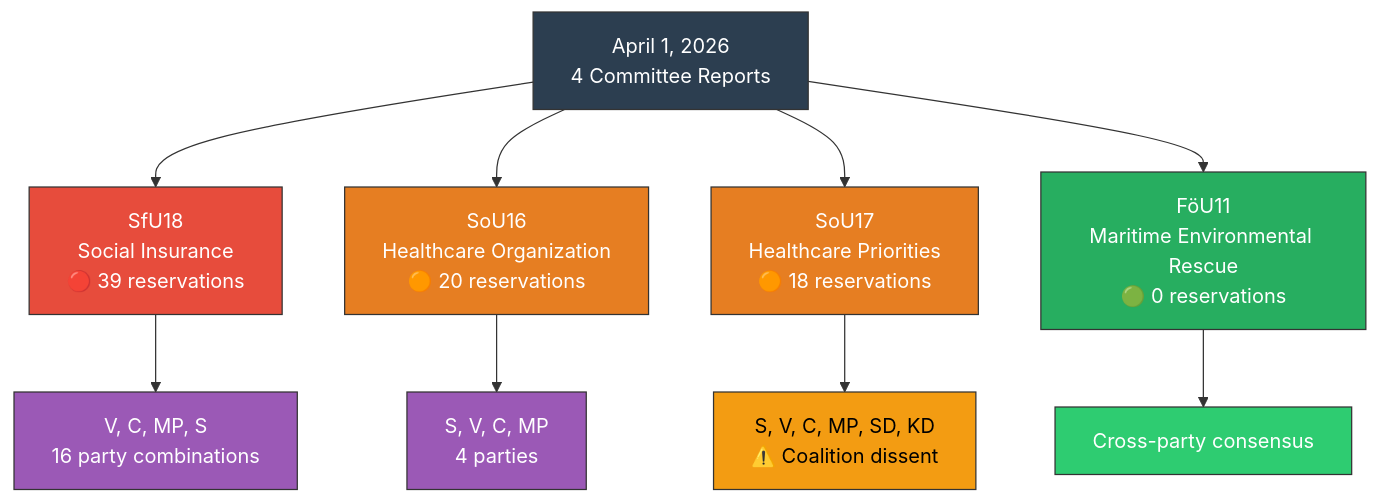
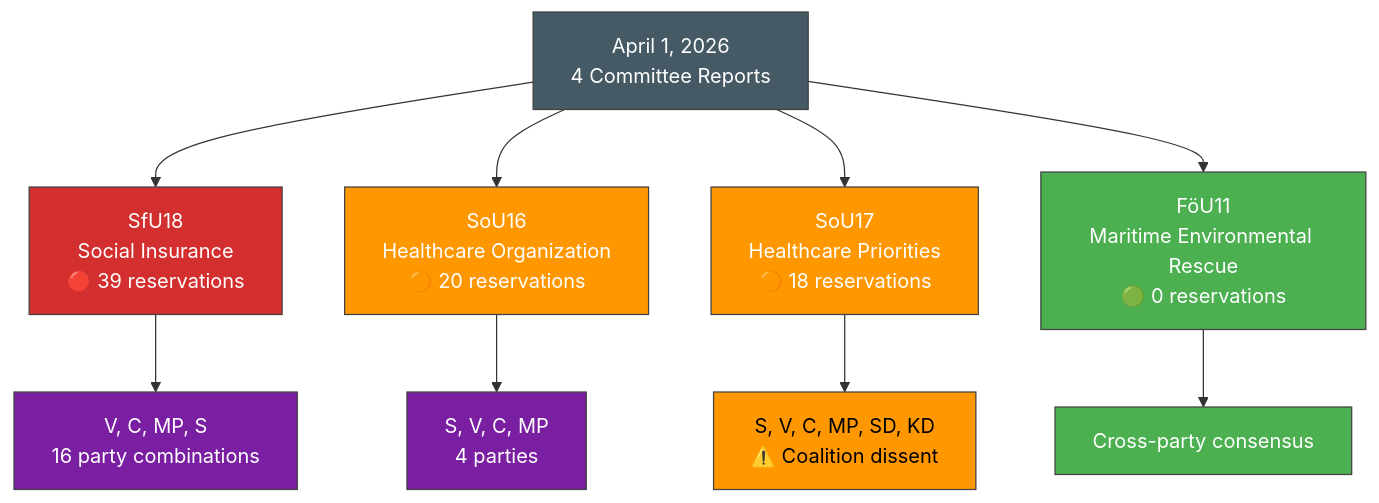
The diagram in analysis/daily/2026-04-01/committeeReports/synthesis-summary.md (Hack23/riksdagsmonitor), drawn with Mermaid before and after one commit. The commit also changed 785 other files, not shown here.

First line of the commit message:
Normalize mermaid colors across 786 analysis artifacts to ISMS Style Guide palette

````diff
--- a/analysis/daily/2026-04-01/committeeReports/synthesis-summary.md
+++ b/analysis/daily/2026-04-01/committeeReports/synthesis-summary.md
@@ -42,22 +42,22 @@
 ```mermaid
 flowchart TD
     A[April 1, 2026<br/>4 Committee Reports]:::date
     
     A --> B[SfU18<br/>Social Insurance<br/>🔴 39 reservations]:::critical
     A --> C[SoU16<br/>Healthcare Organization<br/>🟠 20 reservations]:::high
     A --> D[SoU17<br/>Healthcare Priorities<br/>🟠 18 reservations]:::high
     A --> E[FöU11<br/>Maritime Environmental Rescue<br/>🟢 0 reservations]:::low
     
     B --> F[V, C, MP, S<br/>16 party combinations]:::opposition
     C --> G[S, V, C, MP<br/>4 parties]:::opposition
     D --> H[S, V, C, MP, SD, KD<br/>⚠️ Coalition dissent]:::warning
     E --> I[Cross-party consensus]:::consensus
     
-    classDef date fill:#2c3e50,stroke:#333,color:#fff
-    classDef critical fill:#e74c3c,stroke:#333,color:#fff
-    classDef high fill:#e67e22,stroke:#333,color:#fff
-    classDef low fill:#27ae60,stroke:#333,color:#fff
-    classDef opposition fill:#9b59b6,stroke:#333,color:#fff
-    classDef warning fill:#f39c12,stroke:#333,color:#000
-    classDef consensus fill:#2ecc71,stroke:#333,color:#fff
+    classDef date fill:#455A64,stroke:#424242,color:#FFFFFF
+    classDef critical fill:#D32F2F,stroke:#424242,color:#FFFFFF
+    classDef high fill:#FF9800,stroke:#424242,color:#FFFFFF
+    classDef low fill:#4CAF50,stroke:#424242,color:#FFFFFF
+    classDef opposition fill:#7B1FA2,stroke:#424242,color:#FFFFFF
+    classDef warning fill:#FF9800,stroke:#424242,color:#000000
+    classDef consensus fill:#4CAF50,stroke:#424242,color:#FFFFFF
 ```
````
